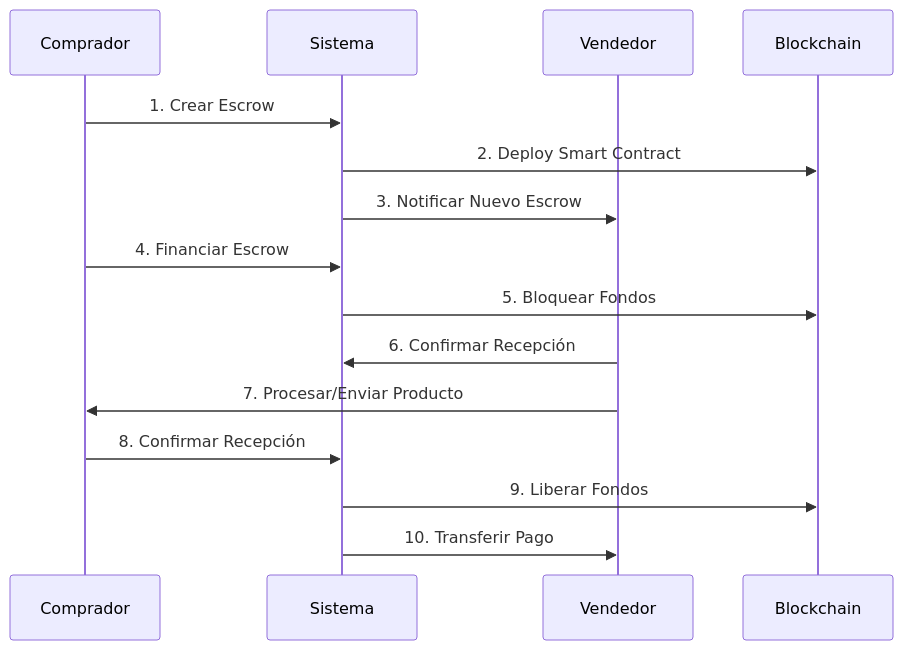
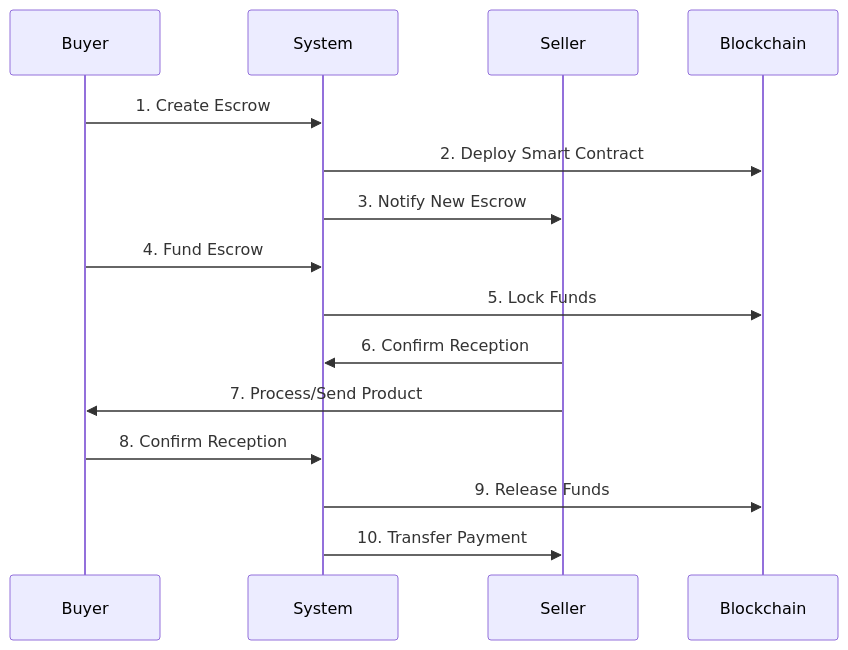
Before and after one commit to kechavez07/hackathoV0: the second of 4 diagrams in analisis.md, drawn with Mermaid.

````diff
--- a/analisis.md
+++ b/analisis.md
@@ -83,18 +83,18 @@
 ```mermaid
 sequenceDiagram
-    participant B as Comprador
-    participant S as Sistema
-    participant V as Vendedor
+    participant B as Buyer
+    participant S as System
+    participant V as Seller
     participant BC as Blockchain
 
-    B->>S: 1. Crear Escrow
+    B->>S: 1. Create Escrow
     S->>BC: 2. Deploy Smart Contract
-    S->>V: 3. Notificar Nuevo Escrow
-    B->>S: 4. Financiar Escrow
-    S->>BC: 5. Bloquear Fondos
-    V->>S: 6. Confirmar Recepción
-    V->>B: 7. Procesar/Enviar Producto
-    B->>S: 8. Confirmar Recepción
-    S->>BC: 9. Liberar Fondos
-    S->>V: 10. Transferir Pago
+    S->>V: 3. Notify New Escrow
+    B->>S: 4. Fund Escrow
+    S->>BC: 5. Lock Funds
+    V->>S: 6. Confirm Reception
+    V->>B: 7. Process/Send Product
+    B->>S: 8. Confirm Reception
+    S->>BC: 9. Release Funds
+    S->>V: 10. Transfer Payment
 ```
````
